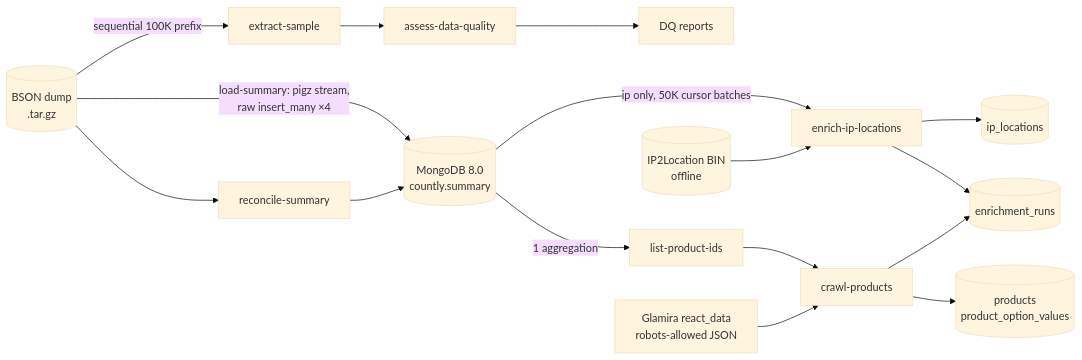
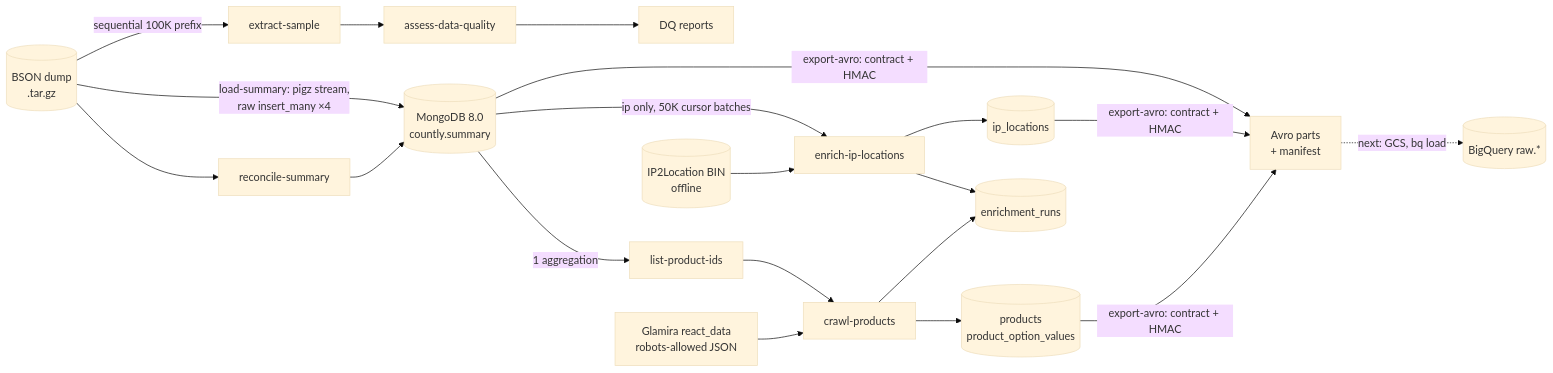
Before and after one commit to ducklemon596/ecommerce-clickstream-pipeline-gcp: the diagram in README.md, drawn with Mermaid (base theme). The commit also changed other lines of this file and 25 other files, not shown here.

Commit message:
feat(export): add Avro exporter with raw layer contract

````diff
--- a/README.md
+++ b/README.md
@@ -29,14 +31,15 @@
 ```mermaid
 flowchart LR
     A[(BSON dump<br/>.tar.gz)] -->|load-summary: pigz stream,<br/>raw insert_many ×4| M[(MongoDB 8.0<br/>countly.summary)]
     A --> V[reconcile-summary] --> M
     A -->|sequential 100K prefix| S[extract-sample] --> Q[assess-data-quality] --> R1[DQ reports]
     M -->|ip only, 50K cursor batches| I[enrich-ip-locations]
     B[(IP2Location BIN<br/>offline)] --> I
     I --> IL[(ip_locations)]
     M -->|1 aggregation| L[list-product-ids] --> C[crawl-products]
     W[Glamira react_data<br/>robots-allowed JSON] --> C
     C --> P[(products<br/>product_option_values)]
     I --> RUN[(enrichment_runs)]
     C --> RUN
+    M & IL & P -->|export-avro: contract + HMAC| X[Avro parts<br/>+ manifest] -.->|next: GCS, bq load| BQ[(BigQuery raw.*)]
 ```
````
